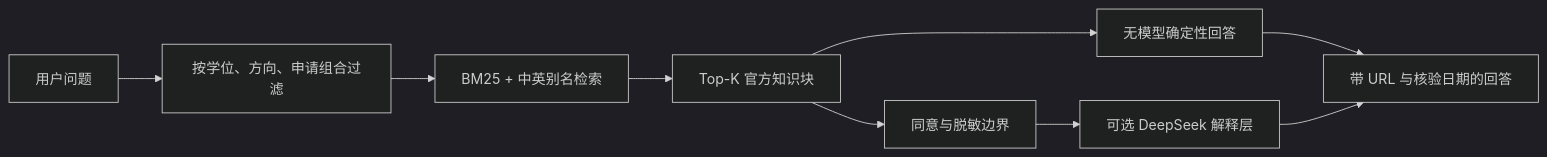
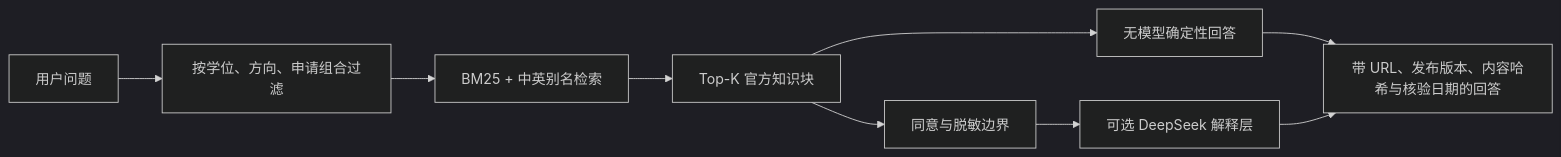
One commit to MortyYJT/offerpilot changed the diagram in docs/RAG_ARCHITECTURE.md. Above: the diagram before and after it, drawn with Mermaid (dark theme). The commit also changed other lines of this file and 24 other files, not shown here.

````diff
--- a/docs/RAG_ARCHITECTURE.md
+++ b/docs/RAG_ARCHITECTURE.md
@@ -9,11 +9,11 @@
 ```mermaid
 flowchart LR
     Q[用户问题] --> FILTER[按学位、方向、申请组合过滤]
     FILTER --> RET[BM25 + 中英别名检索]
     RET --> HIT[Top-K 官方知识块]
     HIT --> RULES[无模型确定性回答]
     HIT --> SAFE[同意与脱敏边界]
     SAFE --> LLM[可选 DeepSeek 解释层]
-    RULES --> ANSWER[带 URL 与核验日期的回答]
+    RULES --> ANSWER[带 URL、发布版本、内容哈希与核验日期的回答]
     LLM --> ANSWER
 ```
````
